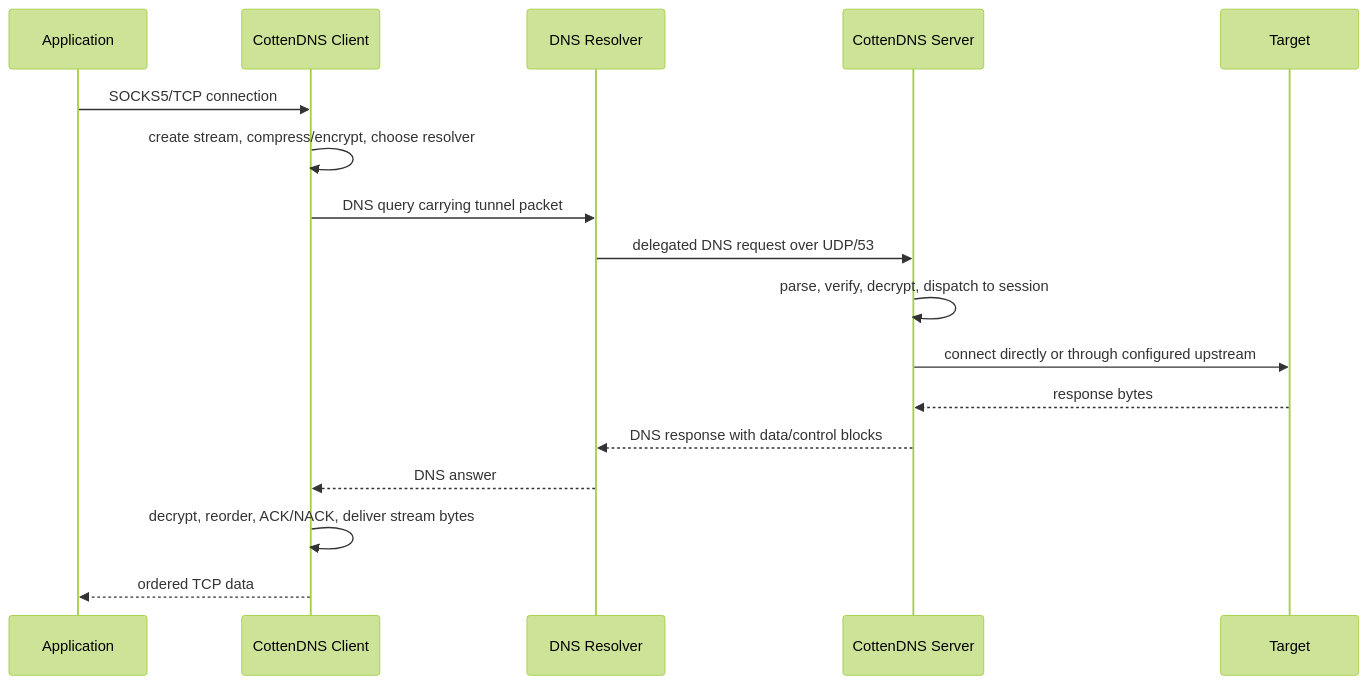
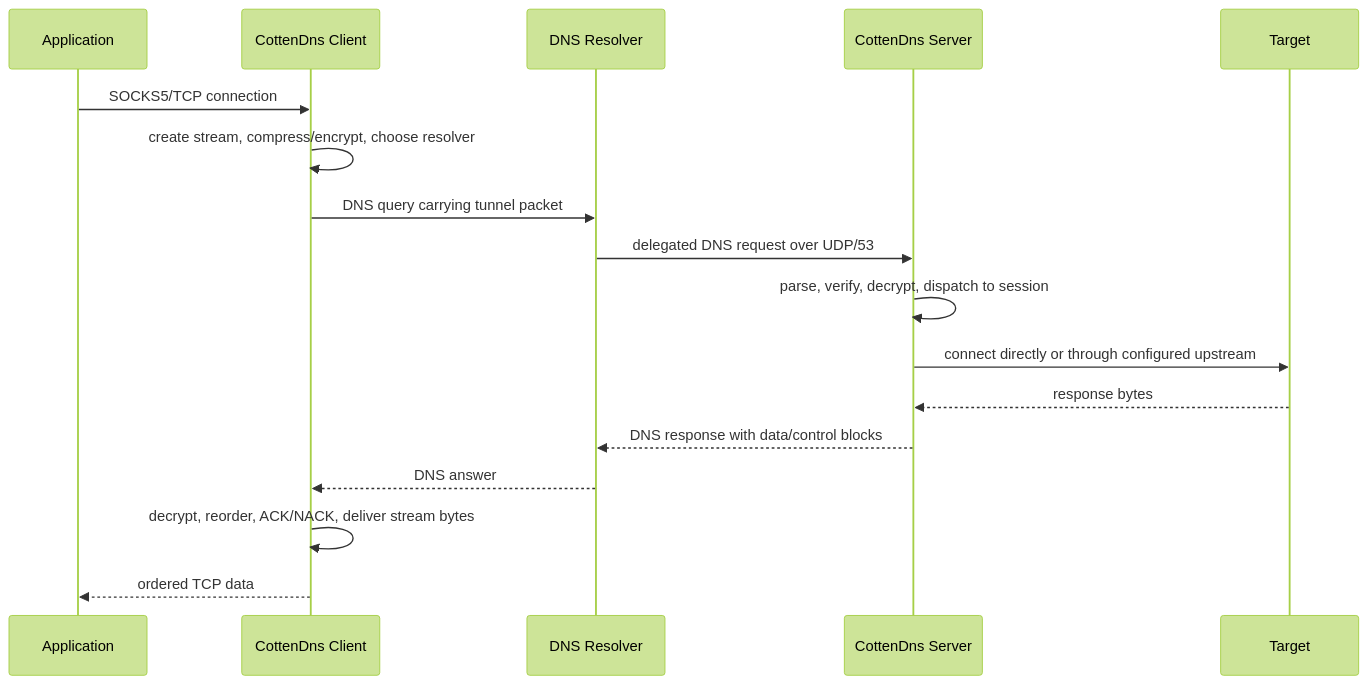
Before and after one commit to TaJirax/cottenDNS: the second of 2 diagrams in README.MD, drawn with Mermaid (forest theme). The commit also changed other lines of this file and 11 other files, not shown here.

````diff
--- a/README.MD
+++ b/README.MD
@@ -606,20 +610,20 @@
 ```mermaid
 sequenceDiagram
     participant App as Application
-    participant Client as CottenDNS Client
+    participant Client as CottenDns Client
     participant Resolver as DNS Resolver
-    participant Server as CottenDNS Server
+    participant Server as CottenDns Server
     participant Target as Target
 
     App->>Client: SOCKS5/TCP connection
     Client->>Client: create stream, compress/encrypt, choose resolver
     Client->>Resolver: DNS query carrying tunnel packet
     Resolver->>Server: delegated DNS request over UDP/53
     Server->>Server: parse, verify, decrypt, dispatch to session
     Server->>Target: connect directly or through configured upstream
     Target-->>Server: response bytes
     Server-->>Resolver: DNS response with data/control blocks
     Resolver-->>Client: DNS answer
     Client->>Client: decrypt, reorder, ACK/NACK, deliver stream bytes
     Client-->>App: ordered TCP data
 ```
````
